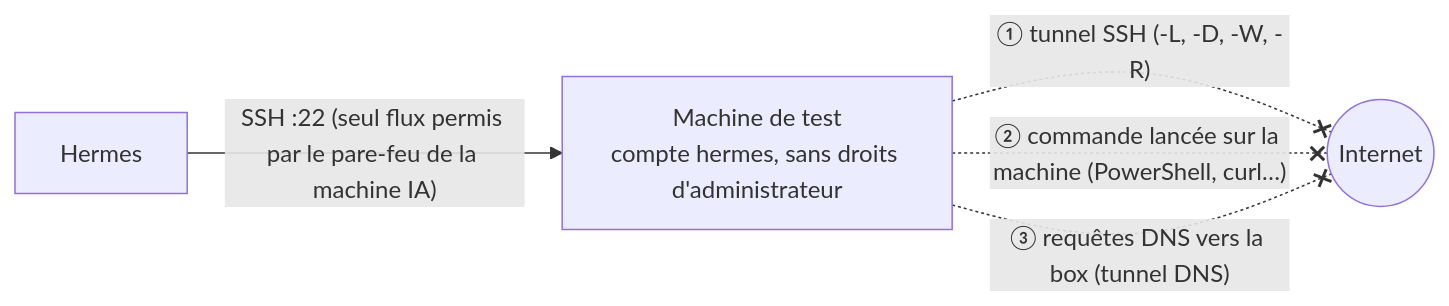
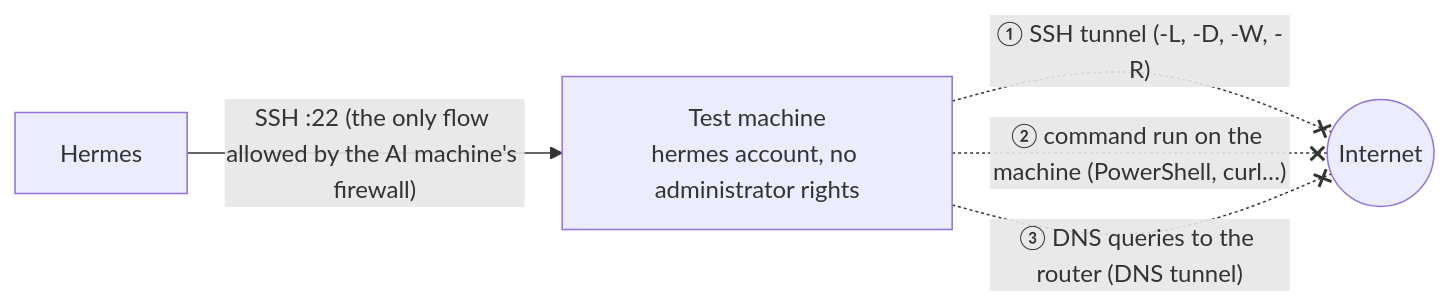
One commit to Mateo-lab/local-ai-lab changed the fifth of 5 diagrams in docs/security-architecture.md. Above: the diagram before and after it, drawn with Mermaid. The commit also changed other lines of this file and 1 other file, not shown here.

First line of the commit message:
docs: translate security-architecture, remote-access

````diff
--- a/docs/security-architecture.md
+++ b/docs/security-architecture.md
@@ -219,7 +218,7 @@
 ```mermaid
 flowchart LR
-    H["Hermes"] -- "SSH :22 (seul flux permis par le pare-feu de la machine IA)" --> T["Machine de test<br/>compte hermes, sans droits d'administrateur"]
-    T -. "① tunnel SSH (-L, -D, -W, -R)" .-x I(("Internet"))
-    T -. "② commande lancée sur la machine (PowerShell, curl…)" .-x I
-    T -. "③ requêtes DNS vers la box (tunnel DNS)" .-x I
+    H["Hermes"] -- "SSH :22 (the only flow allowed by the AI machine's firewall)" --> T["Test machine<br/>hermes account, no administrator rights"]
+    T -. "① SSH tunnel (-L, -D, -W, -R)" .-x I(("Internet"))
+    T -. "② command run on the machine (PowerShell, curl…)" .-x I
+    T -. "③ DNS queries to the router (DNS tunnel)" .-x I
 ```
````
